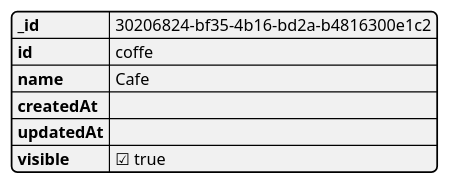
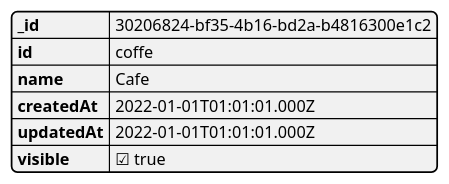
The diagram in plantuml/jsons/category.puml (icc-dev/vc-project-architecture), drawn with PlantUML before and after one commit. The commit also changed 8 other files, not shown here.

```diff
--- a/plantuml/jsons/category.puml
+++ b/plantuml/jsons/category.puml
@@ -1,10 +1,10 @@
 @startjson
 {
-"_id": "30206824-bf35-4b16-bd2a-b4816300e1c2",
-"id": "coffe",
-"name": "Cafe",
-"createdAt": "",
-"updatedAt": "",
-"visible": true
+    "_id": "30206824-bf35-4b16-bd2a-b4816300e1c2",
+    "id": "coffe",
+    "name": "Cafe",
+    "createdAt": "2022-01-01T01:01:01.000Z",
+    "updatedAt": "2022-01-01T01:01:01.000Z",
+    "visible": true
 }
 @endjson
```
